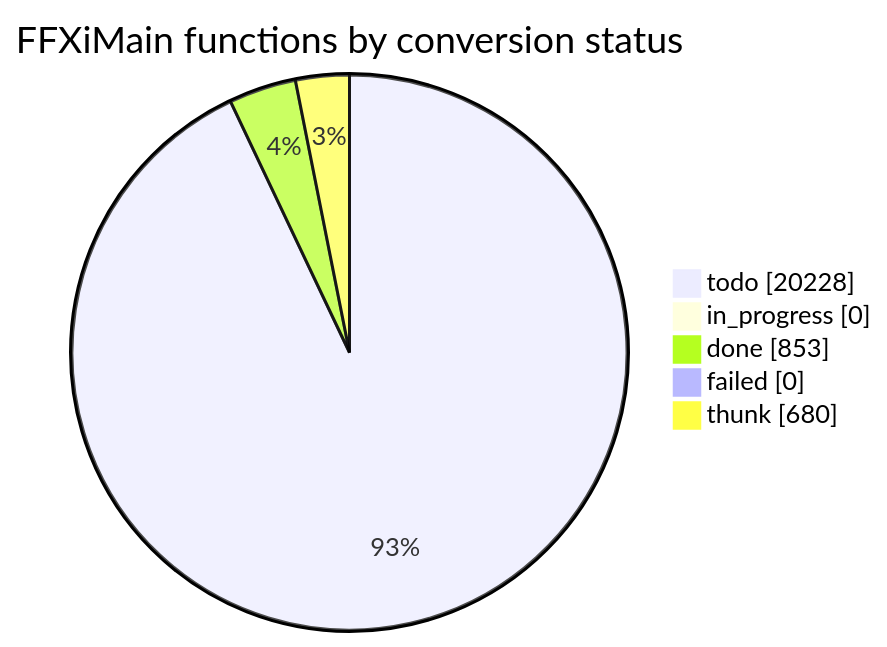
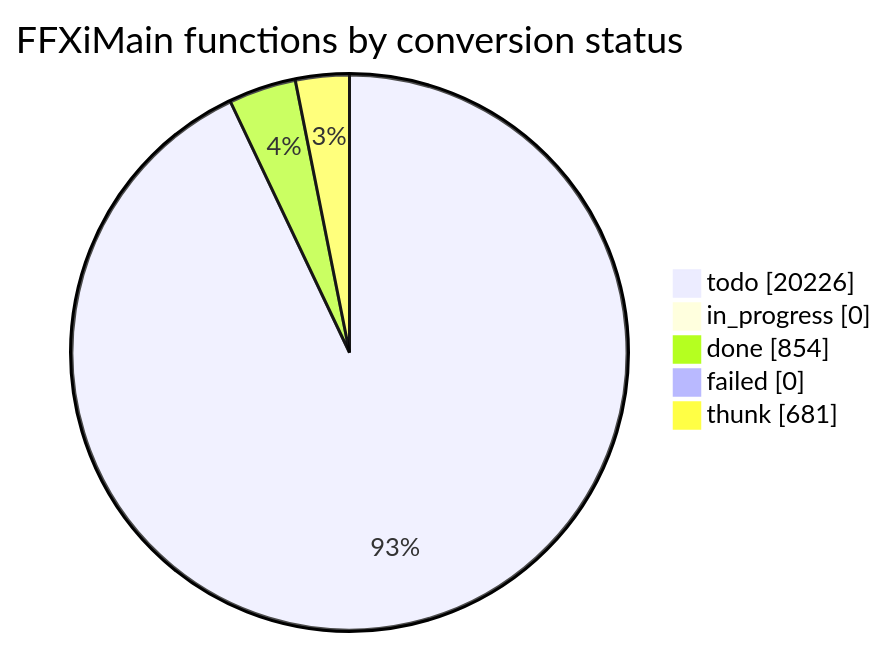
The diagram in docs/cow/STATUS.md (cowrevenge/cow_kuluu_xi_anything), drawn with Mermaid before and after one commit. The commit also changed other lines of this file and 9 other files, not shown here.

````diff
--- a/docs/cow/STATUS.md
+++ b/docs/cow/STATUS.md
@@ -18,9 +18,9 @@
 ```mermaid
 pie showData
     title FFXiMain functions by conversion status
-    "todo" : 20228
+    "todo" : 20226
     "in_progress" : 0
-    "done" : 853
+    "done" : 854
     "failed" : 0
-    "thunk" : 680
+    "thunk" : 681
 ```
````
